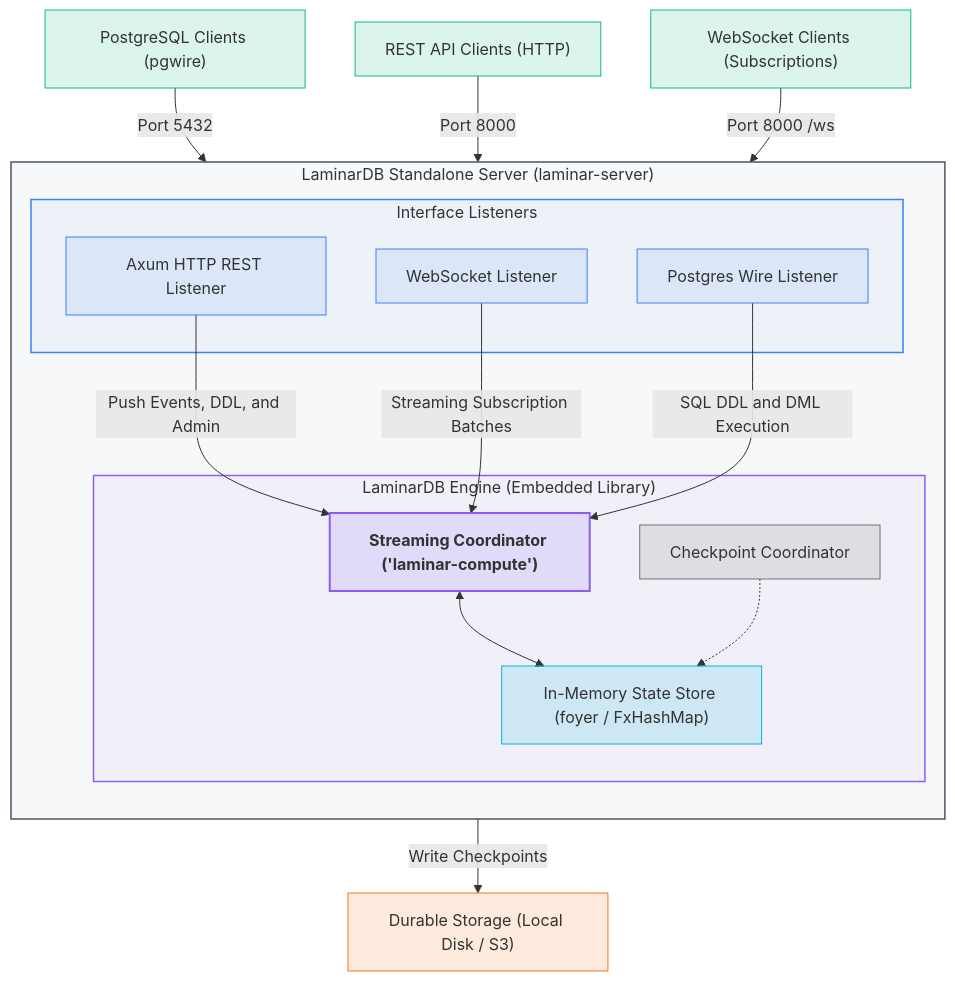
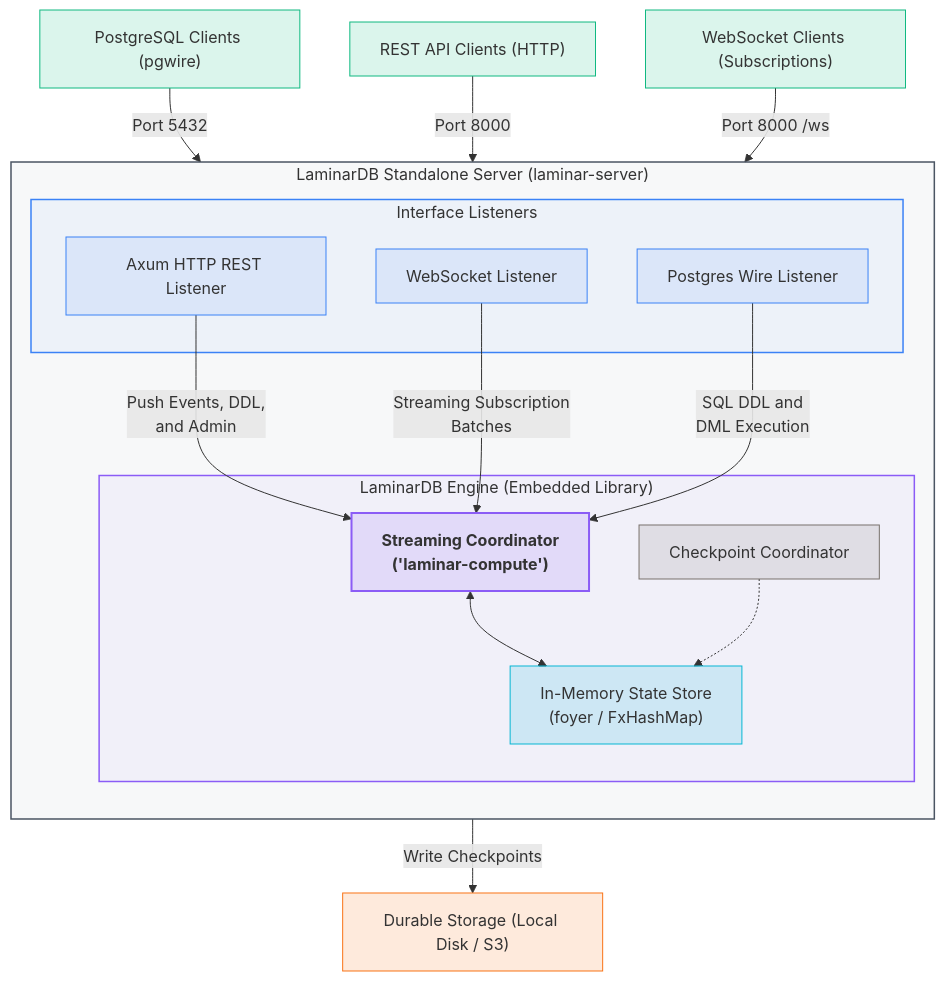
The third of 5 diagrams in README.md (laminardb/laminardb), drawn with Mermaid before and after one commit. The commit also changed other lines of this file, not shown here.

Commit message:
docs: wrap long Mermaid node and link labels with br tags

````diff
--- a/README.md
+++ b/README.md
@@ -517,43 +517,43 @@
 ```mermaid
 graph TD
     classDef clientClass fill:#10b981,fill-opacity:0.15,stroke:#10b981,stroke-width:1px;
     classDef portClass fill:#3b82f6,fill-opacity:0.1,stroke:#3b82f6,stroke-width:1px;
     classDef coordClass fill:#8b5cf6,fill-opacity:0.15,stroke:#8b5cf6,stroke-width:2px,font-weight:bold;
     classDef stateClass fill:#06b6d4,fill-opacity:0.15,stroke:#06b6d4,stroke-width:1px;
     classDef checkpointClass fill:#78716c,fill-opacity:0.15,stroke:#78716c,stroke-width:1px;
     classDef storageClass fill:#f97316,fill-opacity:0.15,stroke:#f97316,stroke-width:1px;
 
     Client1["PostgreSQL Clients (pgwire)"]:::clientClass
     Client2["REST API Clients (HTTP)"]:::clientClass
     Client3["WebSocket Clients (Subscriptions)"]:::clientClass
     
     subgraph Server["LaminarDB Standalone Server (laminar-server)"]
         direction TB
         subgraph Ports["Interface Listeners"]
             REST["Axum HTTP REST Listener"]:::portClass
             WS["WebSocket Listener"]:::portClass
             PgWire["Postgres Wire Listener"]:::portClass
         end
         
         subgraph Engine["LaminarDB Engine (Embedded Library)"]
-            Coord["Streaming Coordinator ('laminar-compute')"]:::coordClass
-            State["In-Memory State Store (foyer / FxHashMap)"]:::stateClass
+            Coord["Streaming Coordinator<br/>('laminar-compute')"]:::coordClass
+            State["In-Memory State Store<br/>(foyer / FxHashMap)"]:::stateClass
             Checkpoint["Checkpoint Coordinator"]:::checkpointClass
             Coord <--> State
             Checkpoint -.-> State
         end
         
-        REST -->|"Push Events, DDL, and Admin"| Coord
-        WS -->|"Streaming Subscription Batches"| Coord
-        PgWire -->|"SQL DDL and DML Execution"| Coord
+        REST -->|"Push Events, DDL,<br/>and Admin"| Coord
+        WS -->|"Streaming Subscription<br/>Batches"| Coord
+        PgWire -->|"SQL DDL and<br/>DML Execution"| Coord
     end
     
     Client1 -->|"Port 5432"| PgWire
     Client2 -->|"Port 8000"| REST
     Client3 -->|"Port 8000 /ws"| WS
     Checkpoint -->|"Write Checkpoints"| Storage["Durable Storage (Local Disk / S3)"]:::storageClass
 
     style Server fill:#6b7280,fill-opacity:0.05,stroke:#4b5563,stroke-width:1.5px
     style Ports fill:#3b82f6,fill-opacity:0.05,stroke:#3b82f6,stroke-width:1.5px
     style Engine fill:#8b5cf6,fill-opacity:0.05,stroke:#8b5cf6,stroke-width:1.5px
 ```
````
